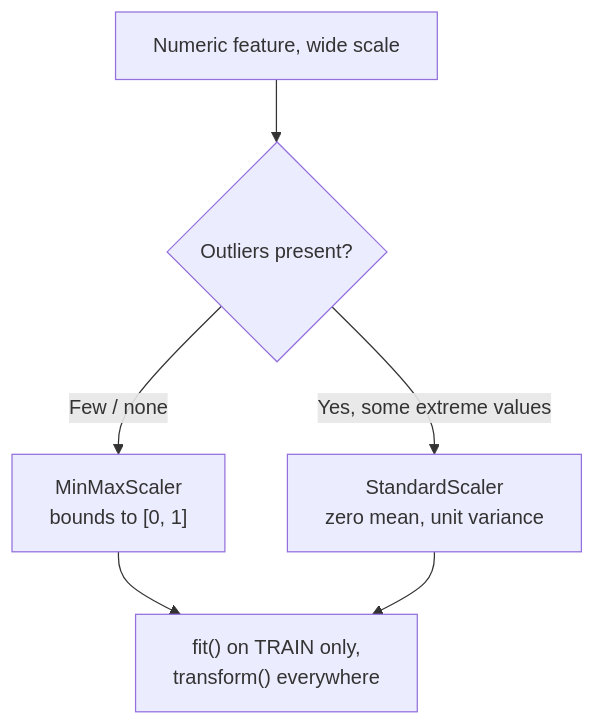
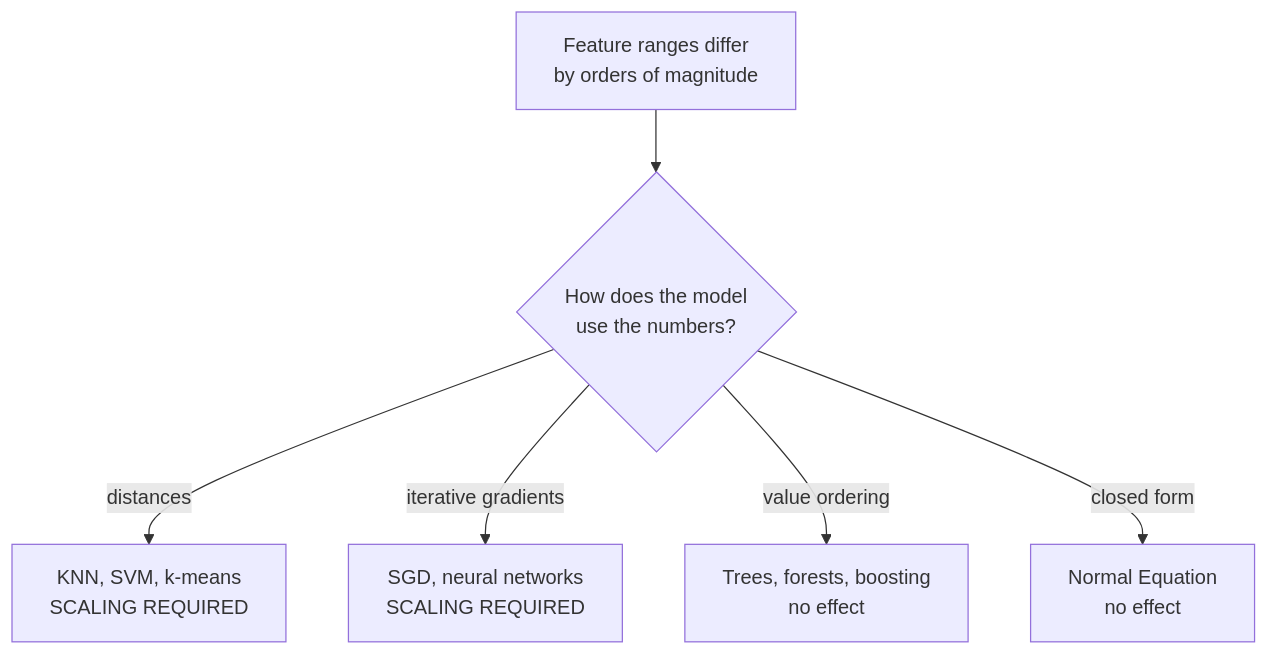
One commit to Ravikisha/PythonCentralHub changed the diagram in src/content/docs/Machine Learning/Phase 02 - Data Preprocessing & Feature Engineering/Feature Scaling (Normalization & Standardization).mdx. Above: the diagram before and after it, drawn with Mermaid. The commit also changed other lines of this file and 1327 other files, not shown here.

````diff
--- a/src/content/docs/Machine Learning/Phase 02 - Data Preprocessing & Feature Engineering/Feature Scaling (Normalization & Standardization).mdx
+++ b/src/content/docs/Machine Learning/Phase 02 - Data Preprocessing & Feature Engineering/Feature Scaling (Normalization & Standardization).mdx
@@ -71,8 +40,8 @@
-```mermaid title="Choosing a scaler" desc="MinMaxScaler bounds to a fixed range; StandardScaler is robust to outliers."
+```mermaid
 flowchart TD
-  A["Numeric feature, wide scale"] --> B{"Outliers present?"}
-  B -->|"Few / none"| C["MinMaxScaler<br/>bounds to [0, 1]"]
-  B -->|"Yes, some extreme values"| D["StandardScaler<br/>zero mean, unit variance"]
-  C --> E["fit() on TRAIN only,<br/>transform() everywhere"]
-  D --> E
+  A["Feature ranges differ<br/>by orders of magnitude"] --> B{"How does the model<br/>use the numbers?"}
+  B -->|"distances"| C["KNN, SVM, k-means<br/>SCALING REQUIRED"]
+  B -->|"iterative gradients"| D["SGD, neural networks<br/>SCALING REQUIRED"]
+  B -->|"value ordering"| E["Trees, forests, boosting<br/>no effect"]
+  B -->|"closed form"| F["Normal Equation<br/>no effect"]
 ```
````
